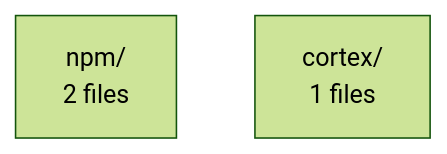
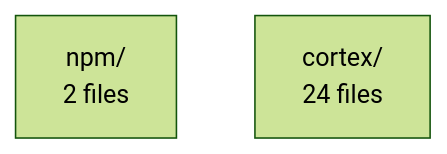
The diagram in .claude/docs/SUMMARY.md (kovalenko-tech/cortex), drawn with Mermaid (forest theme) before and after one commit. The commit also changed other lines of this file and 27 other files, not shown here.

````diff
--- a/.claude/docs/SUMMARY.md
+++ b/.claude/docs/SUMMARY.md
@@ -12,5 +12,5 @@
 ```mermaid
 graph TD
     npm["npm/\n2 files"]
-    cortex["cortex/\n1 files"]
+    cortex["cortex/\n24 files"]
 ```
````
